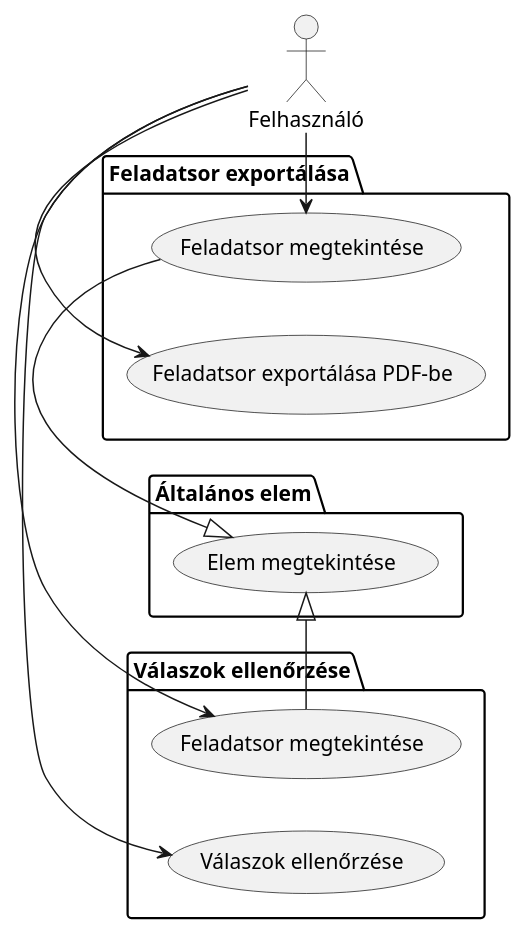
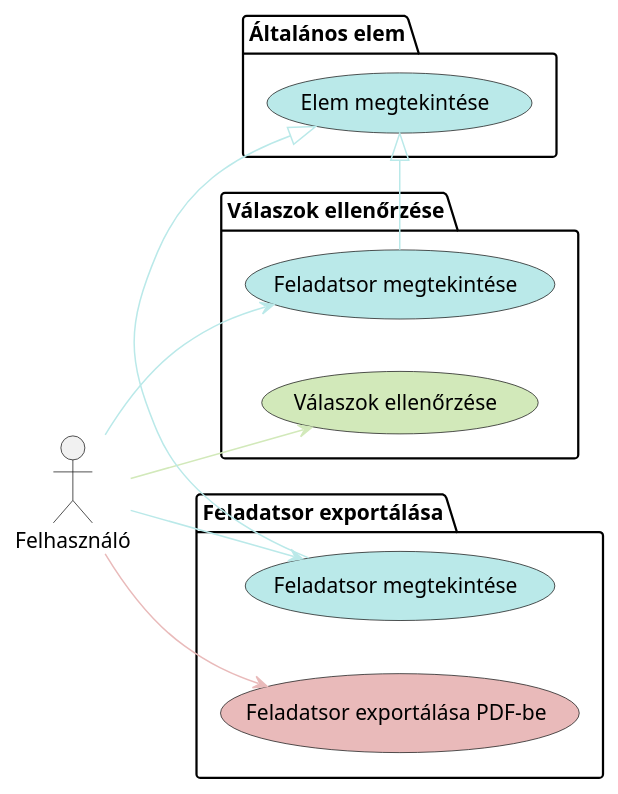
Before and after one commit to LaciProg/Szakdolgozat: the diagram in DiplomatervSablon_LaTeX_v1/figures/plantuml/usecase/submissin_export.puml, drawn with PlantUML. The commit also changed 32 other files, not shown here.

```diff
--- a/DiplomatervSablon_LaTeX_v1/figures/plantuml/usecase/submissin_export.puml
+++ b/DiplomatervSablon_LaTeX_v1/figures/plantuml/usecase/submissin_export.puml
@@ -1,33 +1,31 @@
 @startuml AnswerCheck Diagram
 
 left to right direction
 
 actor Felhasználó
 
 package "Általános elem" {
-    usecase "Elem megtekintése" as ViewElement
+    usecase "Elem megtekintése" as ViewElement #BAE9E9
 }
 
 package "Válaszok ellenőrzése" {
-    usecase "Feladatsor megtekintése" as ViewExamCheck
-    usecase "Válaszok ellenőrzése" as CheckAnswers
+    usecase "Feladatsor megtekintése" as ViewExamCheck #BAE9E9
+    usecase "Válaszok ellenőrzése" as CheckAnswers #D2E9BA
 
-    ViewExamCheck -|> ViewElement
+    ViewExamCheck -[#BAE9E9]|> ViewElement
 }
 
+Felhasználó -[#BAE9E9]-> ViewExamCheck
+Felhasználó -[#D2E9BA]-> CheckAnswers
 
 package "Feladatsor exportálása" {
-    usecase "Feladatsor megtekintése" as ViewExamExport
-    usecase "Feladatsor exportálása PDF-be" as ExportExamToPDF
+    usecase "Feladatsor megtekintése" as ViewExamExport #BAE9E9
+    usecase "Feladatsor exportálása PDF-be" as ExportExamToPDF #E9BABA
 
-    ViewExamExport -|> ViewElement
+    ViewExamExport -[#BAE9E9]|> ViewElement
 }
 
-
-Felhasználó -> ViewExamCheck
-Felhasználó -> CheckAnswers
-
-Felhasználó -> ViewExamExport
-Felhasználó -> ExportExamToPDF
+Felhasználó -[#BAE9E9]-> ViewExamExport
+Felhasználó -[#E9BABA]-> ExportExamToPDF
 
 @enduml
```
